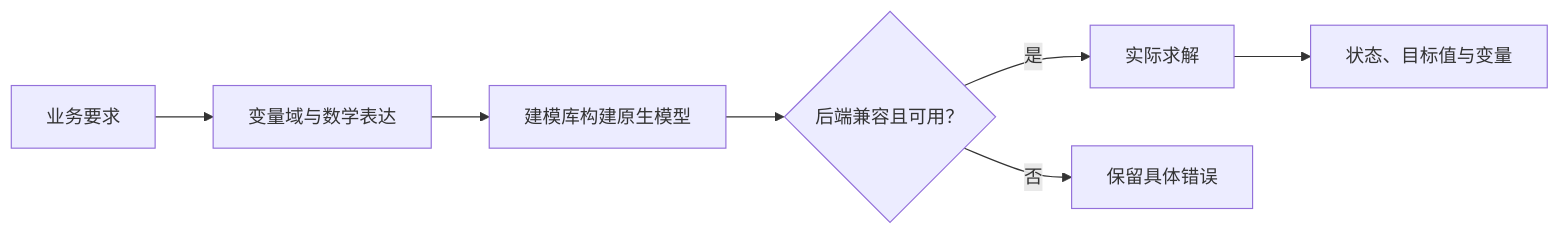
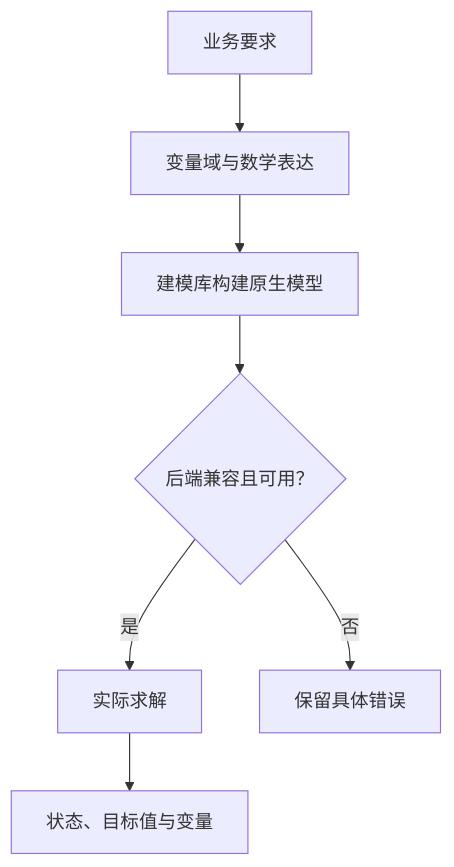
Before and after one commit to Fangziyang0910/LLM4OM: the diagram in website/content/zh/solvers.md, drawn with Mermaid. The commit also changed 231 other files, not shown here.

````diff
--- a/website/content/zh/solvers.md
+++ b/website/content/zh/solvers.md
@@ -18,9 +18,9 @@
 ```mermaid
-flowchart LR
+flowchart TB
   Problem["业务要求"] --> Math["变量域与数学表达"]
   Math --> Library["建模库构建原生模型"]
   Library --> Check{"后端兼容且可用？"}
   Check -->|是| Engine["实际求解"]
   Check -->|否| Error["保留具体错误"]
   Engine --> Result["状态、目标值与变量"]
 ```
````
